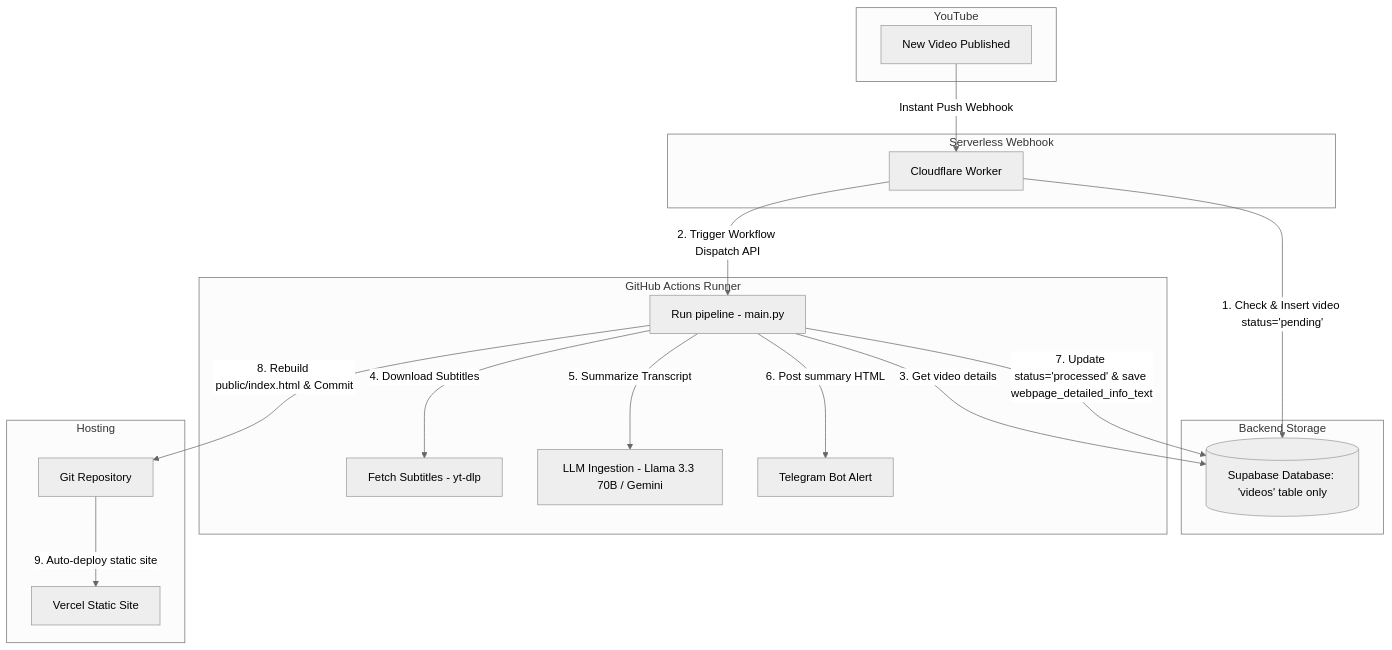
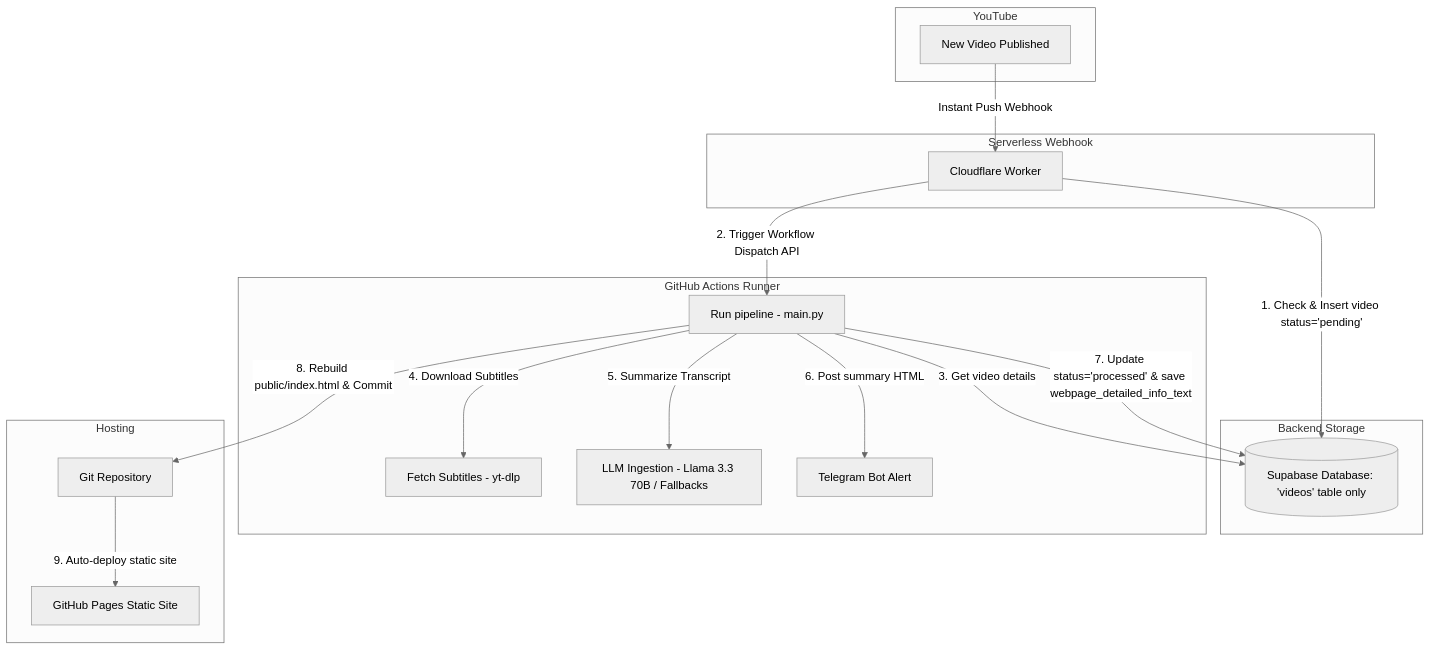
Before and after one commit to briannoelkesuma/ai_engineer_newsletter: the diagram in README.md, drawn with Mermaid (neutral theme). The commit also changed other lines of this file, not shown here.

Commit message:
docs: update README to cover GitHub Pages and detailed pipeline resiliency

````diff
--- a/README.md
+++ b/README.md
@@ -24,39 +24,39 @@
 ```mermaid
 flowchart TD
     subgraph YouTube
         A[New Video Published]
     end
 
     subgraph Serverless Webhook
         B[Cloudflare Worker]
     end
 
     subgraph Backend Storage
         C[(Supabase Database: 'videos' table only)]
     end
 
     subgraph Automation Runner [GitHub Actions Runner]
         D[Run pipeline - main.py]
         E[Fetch Subtitles - yt-dlp]
-        F[LLM Ingestion - Llama 3.3 70B / Gemini]
+        F[LLM Ingestion - Llama 3.3 70B / Fallbacks]
         G[Telegram Bot Alert]
     end
 
     subgraph Hosting
         H[Git Repository]
-        I[Vercel Static Site]
+        I[GitHub Pages Static Site]
     end
 
     A -->|Instant Push Webhook| B
     B -->|1. Check & Insert video status='pending'| C
     B -->|2. Trigger Workflow Dispatch API| D
     
     D -->|3. Get video details| C
     D -->|4. Download Subtitles| E
     D -->|5. Summarize Transcript| F
     D -->|6. Post summary HTML| G
     D -->|7. Update status='processed' & save webpage_detailed_info_text| C
     D -->|8. Rebuild public/index.html & Commit| H
     
     H -->|9. Auto-deploy static site| I
 ```
````
